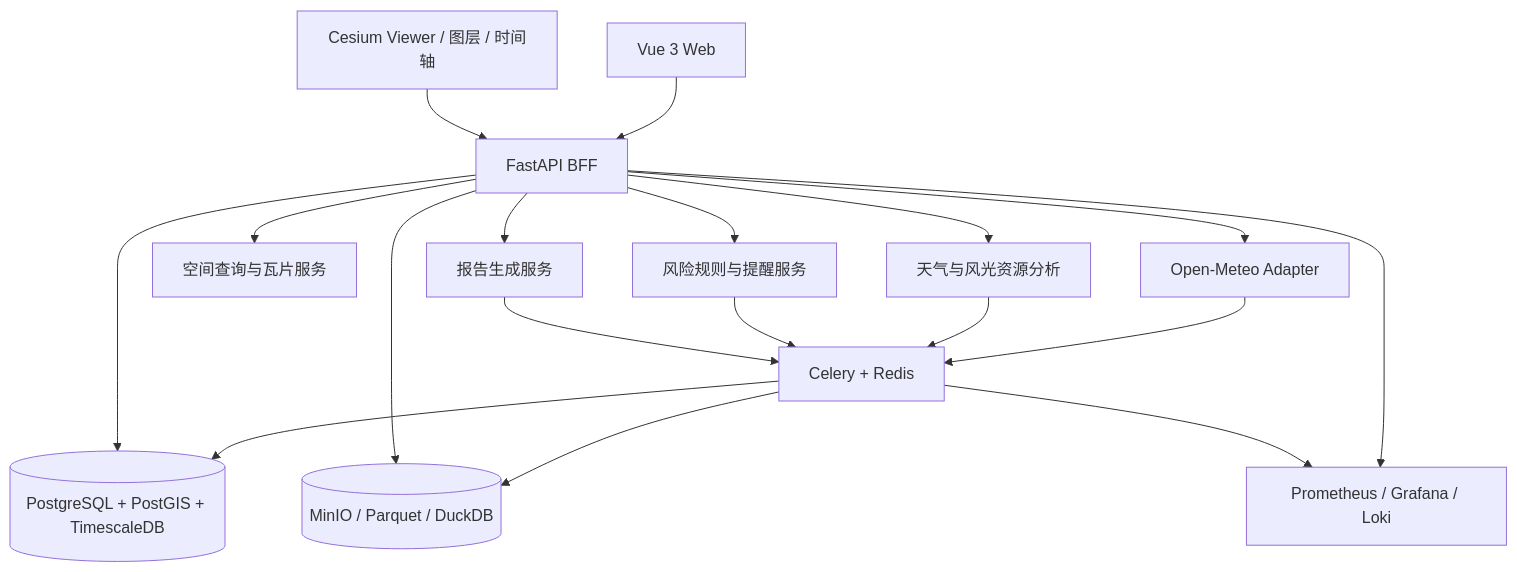
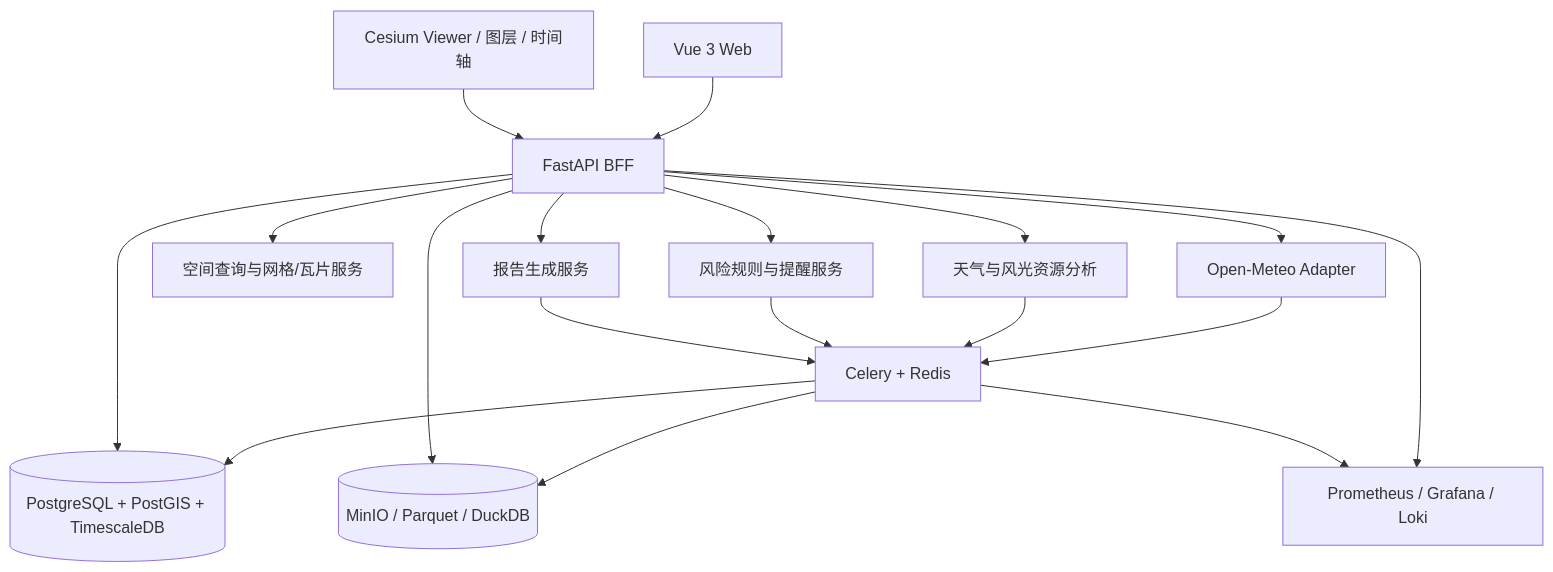
The diagram in docs/03-system-architecture.md (xiaoguo123456/meteo-resource-platform), drawn with Mermaid before and after one commit. The commit also changed other lines of this file and 11 other files, not shown here.

Commit message:
重做地图总览并接入坐标查询与开放网格

````diff
--- a/docs/03-system-architecture.md
+++ b/docs/03-system-architecture.md
@@ -24,33 +24,33 @@
 ```mermaid
 flowchart TB
   web[Vue 3 Web]
   cesium[Cesium Viewer / 图层 / 时间轴]
   bff[FastAPI BFF]
   adapter[Open-Meteo Adapter]
-  spatial[空间查询与瓦片服务]
+  spatial[空间查询与网格/瓦片服务]
   analysis[天气与风光资源分析]
   risk[风险规则与提醒服务]
   report[报告生成服务]
   queue[Celery + Redis]
   pg[(PostgreSQL + PostGIS + TimescaleDB)]
   object[(MinIO / Parquet / DuckDB)]
   obs[Prometheus / Grafana / Loki]
 
   web --> bff
   cesium --> bff
   bff --> adapter
   bff --> spatial
   bff --> analysis
   bff --> risk
   bff --> report
   adapter --> queue
   analysis --> queue
   risk --> queue
   report --> queue
   queue --> pg
   queue --> object
   bff --> pg
   bff --> object
   bff --> obs
   queue --> obs
 ```
````
